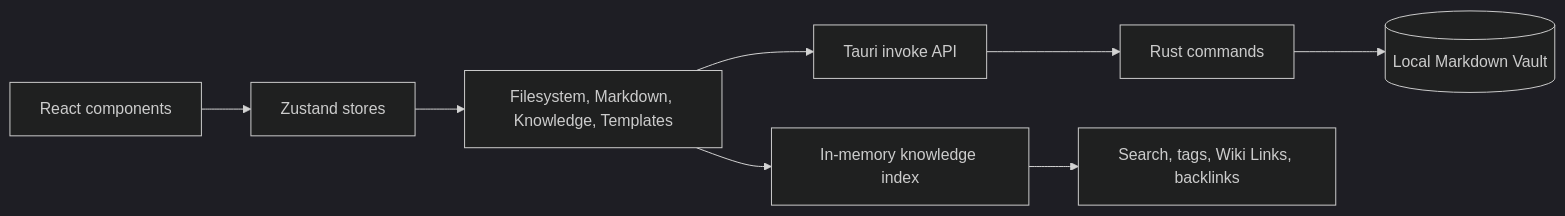
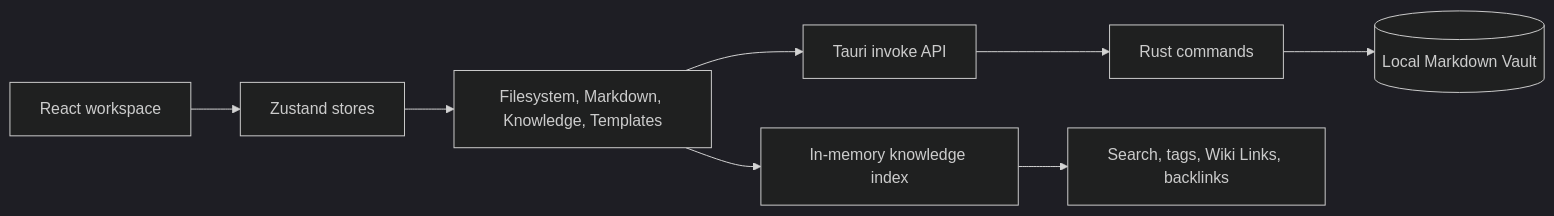
One commit to MountCoder-merry/personal-knowledge-base changed the diagram in README.md. Above: the diagram before and after it, drawn with Mermaid (dark theme). The commit also changed other lines of this file and 2 other files, not shown here.

````diff
--- a/README.md
+++ b/README.md
@@ -57,11 +34,10 @@
 ```mermaid
 flowchart LR
-    UI[React components] --> Store[Zustand stores]
-    Store --> Services[Filesystem, Markdown, Knowledge, Templates]
-    Services --> Invoke[Tauri invoke API]
-    Invoke --> Rust[Rust commands]
-    Rust --> Vault[(Local Markdown Vault)]
-
-    Services --> Index[In-memory knowledge index]
-    Index --> Search[Search, tags, Wiki Links, backlinks]
+  UI[React workspace] --> Store[Zustand stores]
+  Store --> Services[Filesystem, Markdown, Knowledge, Templates]
+  Services --> Invoke[Tauri invoke API]
+  Invoke --> Rust[Rust commands]
+  Rust --> Vault[(Local Markdown Vault)]
+  Services --> Index[In-memory knowledge index]
+  Index --> Search[Search, tags, Wiki Links, backlinks]
 ```
````
